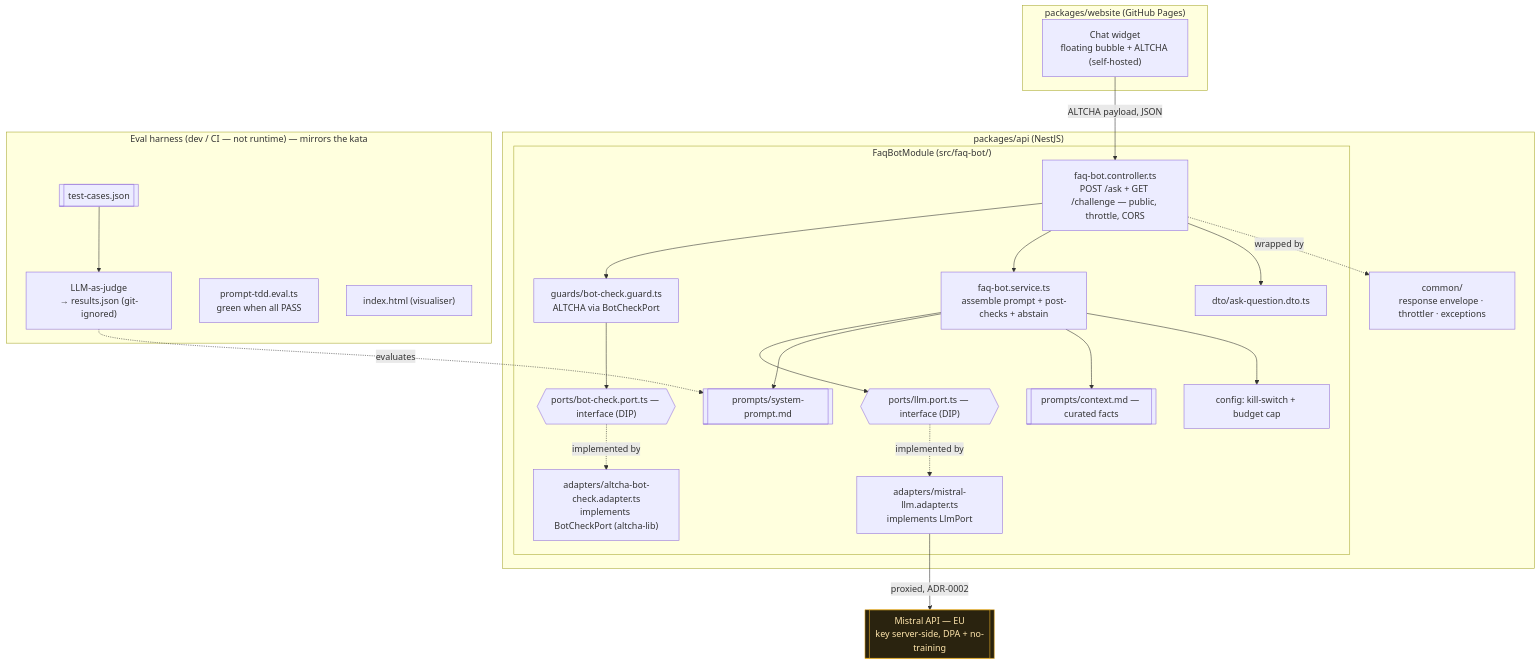
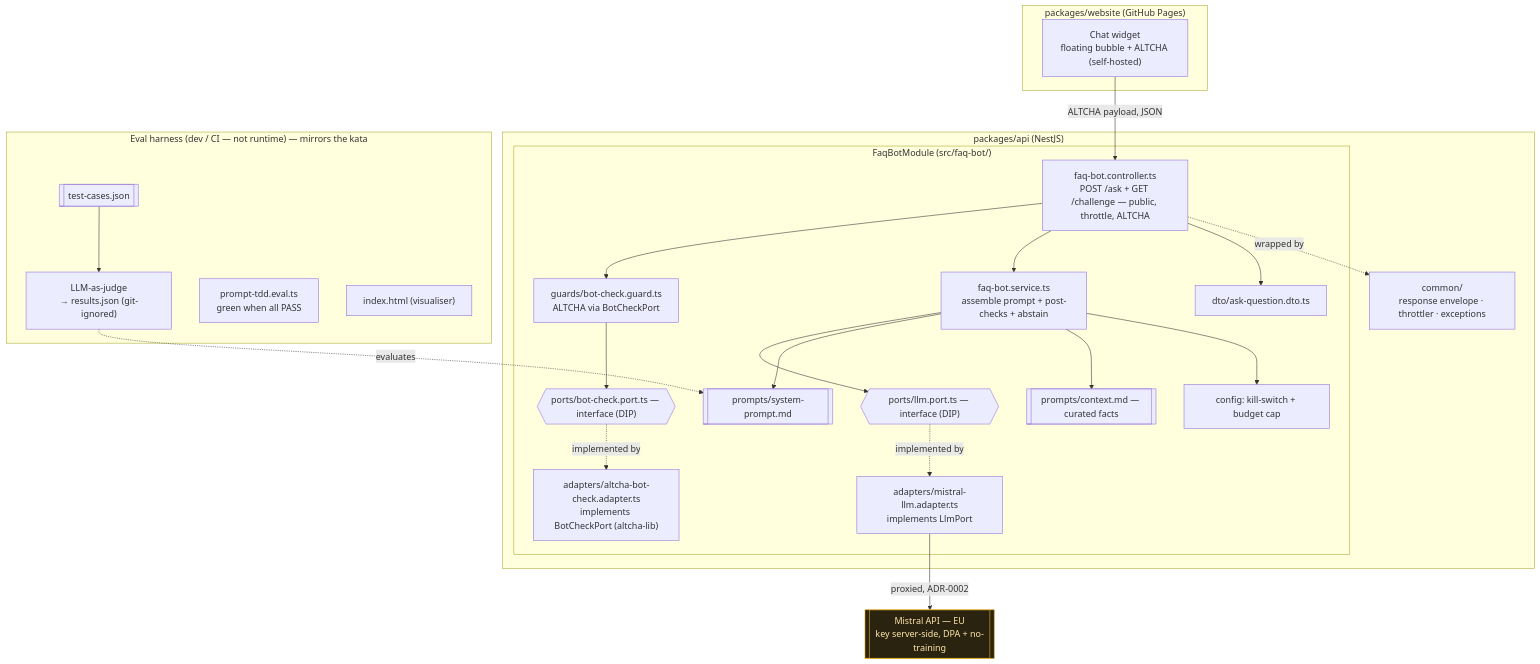
Before and after one commit to benoit-bremaud/brasse-bouillon: the diagram in docs/architecture/diagrams/faq-bot/03-component.md, drawn with Mermaid. The commit also changed 1 other file, not shown here.

Commit message:
docs(faq-bot): defer strict CORS restriction to a cross-consumer follow-up
CORS is a browser-only control (bots ignore it) and app.enableCors is global
(mobile/Expo regression risk). v1 keeps origin:true; the real cost/abuse gates
are ALTCHA + throttle + budget cap + kill-switch. Recorded in ADR-0022.

````diff
--- a/docs/architecture/diagrams/faq-bot/03-component.md
+++ b/docs/architecture/diagrams/faq-bot/03-component.md
@@ -18,51 +18,51 @@
 ```mermaid
 flowchart TB
     subgraph Web ["packages/website (GitHub Pages)"]
         Widget["Chat widget<br/>floating bubble + ALTCHA (self-hosted)"]
     end
 
     subgraph API ["packages/api (NestJS)"]
         subgraph Mod ["FaqBotModule (src/faq-bot/)"]
-            Ctrl["faq-bot.controller.ts<br/>POST /ask + GET /challenge — public, throttle, CORS"]
+            Ctrl["faq-bot.controller.ts<br/>POST /ask + GET /challenge — public, throttle, ALTCHA"]
             Guard["guards/bot-check.guard.ts<br/>ALTCHA via BotCheckPort"]
             Svc["faq-bot.service.ts<br/>assemble prompt + post-checks + abstain"]
             Port{{"ports/llm.port.ts — interface (DIP)"}}
             Adp["adapters/mistral-llm.adapter.ts<br/>implements LlmPort"]
             BotPort{{"ports/bot-check.port.ts — interface (DIP)"}}
             BotAdp["adapters/altcha-bot-check.adapter.ts<br/>implements BotCheckPort (altcha-lib)"]
             Prompt[["prompts/system-prompt.md"]]
             Ctx[["prompts/context.md — curated facts"]]
             Cfg["config: kill-switch + budget cap"]
             Dto["dto/ask-question.dto.ts"]
         end
         Common["common/<br/>response envelope · throttler · exceptions"]
     end
 
     LLM[["Mistral API — EU<br/>key server-side, DPA + no-training"]]
 
     subgraph Eval ["Eval harness (dev / CI — not runtime) — mirrors the kata"]
         Cases[["test-cases.json"]]
         Judge["LLM-as-judge<br/>→ results.json (git-ignored)"]
         Bridge["prompt-tdd.eval.ts<br/>green when all PASS"]
         Viz["index.html (visualiser)"]
     end
 
     Widget -->|ALTCHA payload, JSON| Ctrl
     Ctrl --> Guard
     Ctrl --> Svc
     Guard --> BotPort
     BotPort -. implemented by .-> BotAdp
     Svc --> Port
     Port -. implemented by .-> Adp
     Adp -->|proxied, ADR-0002| LLM
     Svc --> Prompt
     Svc --> Ctx
     Svc --> Cfg
     Ctrl --> Dto
     Ctrl -. wrapped by .-> Common
     Cases --> Judge
     Judge -. evaluates .-> Prompt
 
     classDef ext fill:#2a230f,stroke:#f0b429,color:#ffe6ad;
     class LLM ext;
 ```
````
